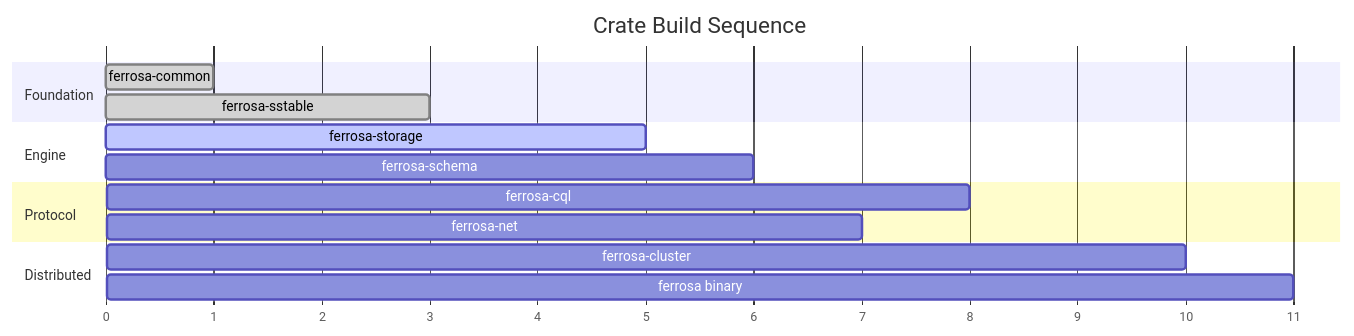
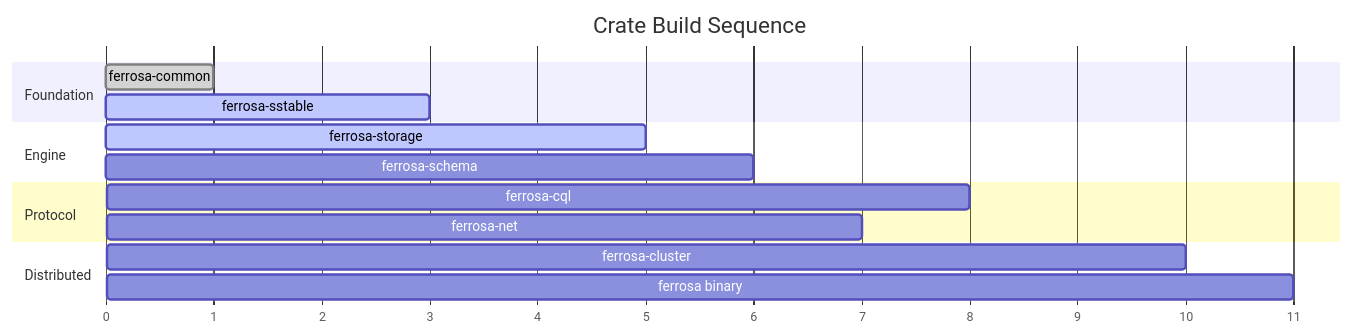
The second of 2 diagrams in specs/components.md (ferrosadb/ferrosa), drawn with Mermaid before and after one commit. The commit also changed other lines of this file and 2 other files, not shown here.

Commit message:
fix(sstable): correct spec errors found during architecture review
- Byte-comparable key encoding: replace incorrect 0x00 separators/raw
  bytes/0x00 0x00 terminator with actual OSS50 encoding (0x40 component
  separators, null-escape encoding, 0x38 terminator)
- LZ4 compressor name: "LZ4" → "LZ4Compressor" (Java getSimpleName())
- Default chunk size: 65536 → 16384 (Cassandra DEFAULT_CHUNK_LENGTH is 16KB)
- Hash byte clarification: specify h2 (second 64-bit word), not h1
- Add sstable.md to specs/README.md index
- Fix components.md: ferrosa-sstable status done→active, remove
  non-existent ByteBuffer/config types from ferrosa-common

````diff
--- a/specs/components.md
+++ b/specs/components.md
@@ -126,22 +126,22 @@
 ```mermaid
 gantt
     title Crate Build Sequence
     dateFormat X
     axisFormat %s
 
     section Foundation
     ferrosa-common          :done, 0, 1
-    ferrosa-sstable         :done, 1, 3
+    ferrosa-sstable         :active, 1, 3
 
     section Engine
     ferrosa-storage         :active, 3, 5
     ferrosa-schema          :5, 6
 
     section Protocol
     ferrosa-cql             :6, 8
     ferrosa-net             :6, 7
 
     section Distributed
     ferrosa-cluster         :8, 10
     ferrosa binary          :10, 11
 ```
````
